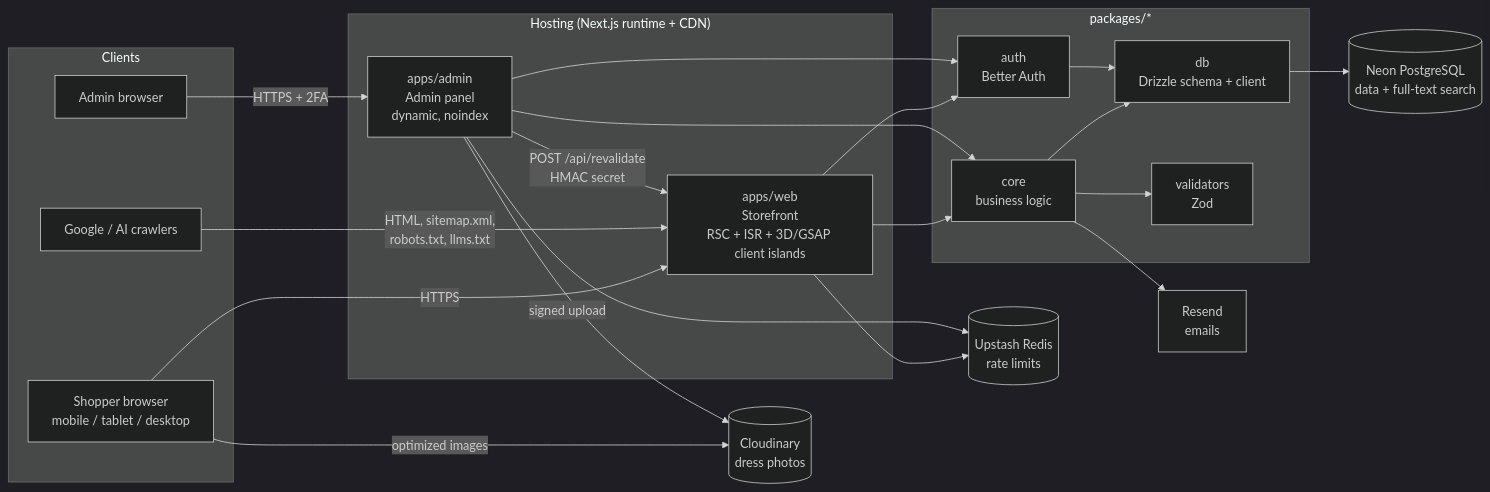
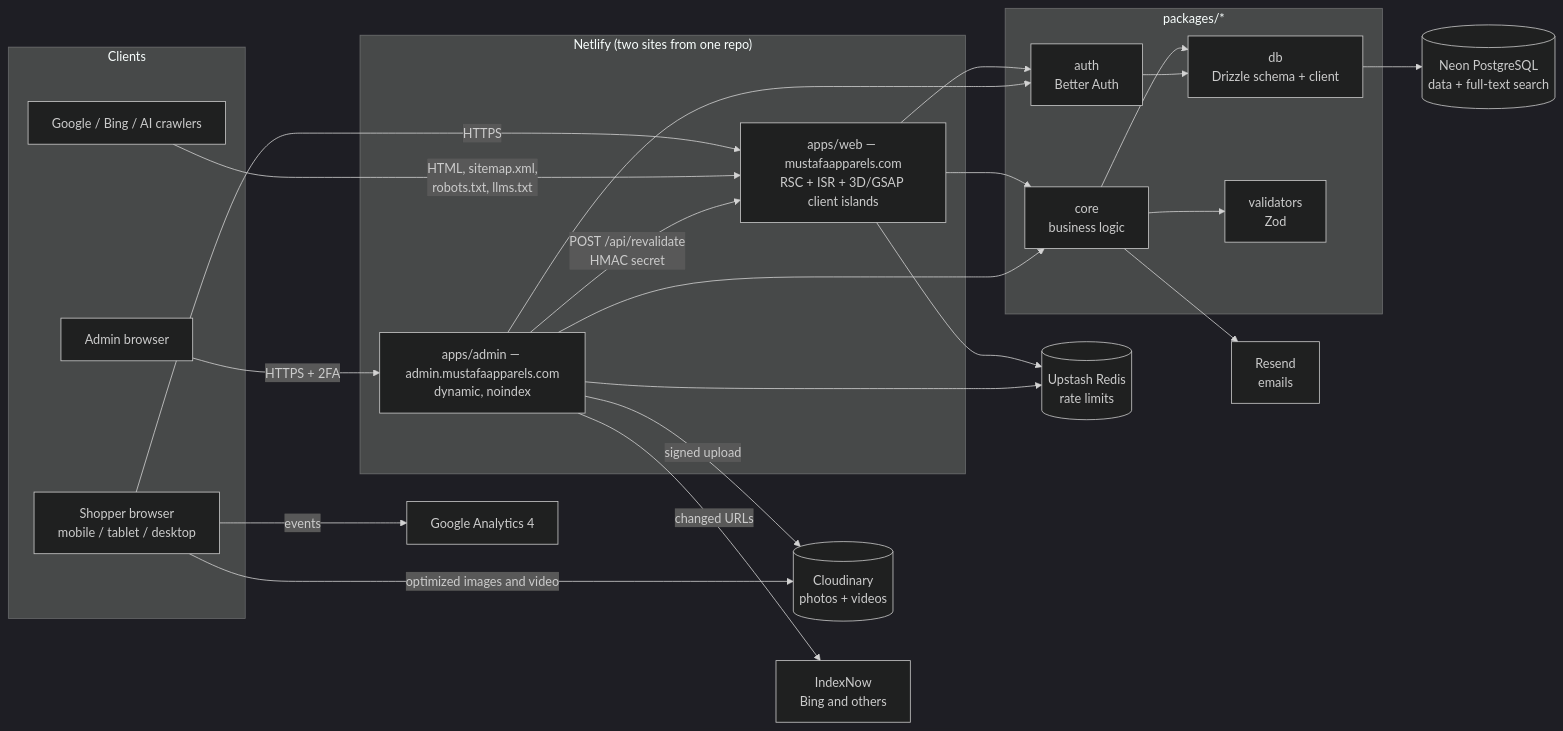
Before and after one commit to ammar-2408/mustafa-apparels: the first of 2 diagrams in docs/architecture.md, drawn with Mermaid (dark theme). The commit also changed other lines of this file, not shown here.

Commit message:
docs: update architecture for Netlify, video, GA4 and two-tier CSP

````diff
--- a/docs/architecture.md
+++ b/docs/architecture.md
@@ -9,44 +9,48 @@
 ```mermaid
 flowchart LR
   subgraph Clients
     S[Shopper browser<br/>mobile / tablet / desktop]
     A[Admin browser]
-    B[Google / AI crawlers]
+    B[Google / Bing / AI crawlers]
   end
 
-  subgraph Host["Hosting (Next.js runtime + CDN)"]
-    W["apps/web<br/>Storefront<br/>RSC + ISR + 3D/GSAP client islands"]
-    AD["apps/admin<br/>Admin panel<br/>dynamic, noindex"]
+  subgraph Host["Netlify (two sites from one repo)"]
+    W["apps/web — mustafaapparels.com<br/>RSC + ISR + 3D/GSAP client islands"]
+    AD["apps/admin — admin.mustafaapparels.com<br/>dynamic, noindex"]
   end
 
   subgraph Shared["packages/*"]
     CORE[core<br/>business logic]
     AUTH[auth<br/>Better Auth]
     DB[db<br/>Drizzle schema + client]
     VAL[validators<br/>Zod]
   end
 
   PG[(Neon PostgreSQL<br/>data + full-text search)]
-  CL[(Cloudinary<br/>dress photos)]
+  CL[(Cloudinary<br/>photos + videos)]
   RS[Resend<br/>emails]
   UP[(Upstash Redis<br/>rate limits)]
+  GA[Google Analytics 4]
+  IN[IndexNow<br/>Bing and others]
 
   S -->|HTTPS| W
   B -->|HTML, sitemap.xml,<br/>robots.txt, llms.txt| W
   A -->|HTTPS + 2FA| AD
 
   W --> CORE
   AD --> CORE
   W --> AUTH
   AD --> AUTH
   CORE --> DB --> PG
   AUTH --> DB
   CORE --> VAL
 
   AD -->|signed upload| CL
-  S -->|optimized images| CL
+  S -->|optimized images and video| CL
+  S -->|events| GA
   CORE --> RS
   W --> UP
   AD --> UP
   AD -->|POST /api/revalidate<br/>HMAC secret| W
+  AD -->|changed URLs| IN
 ```
````
